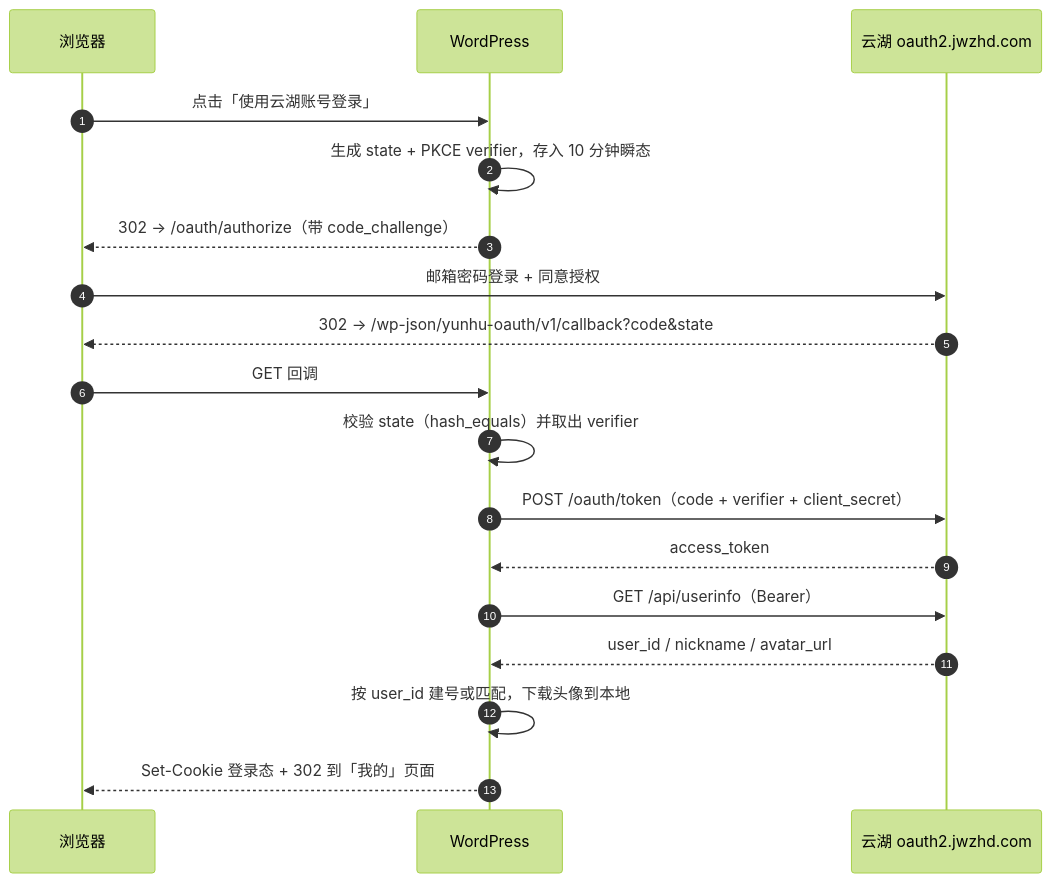
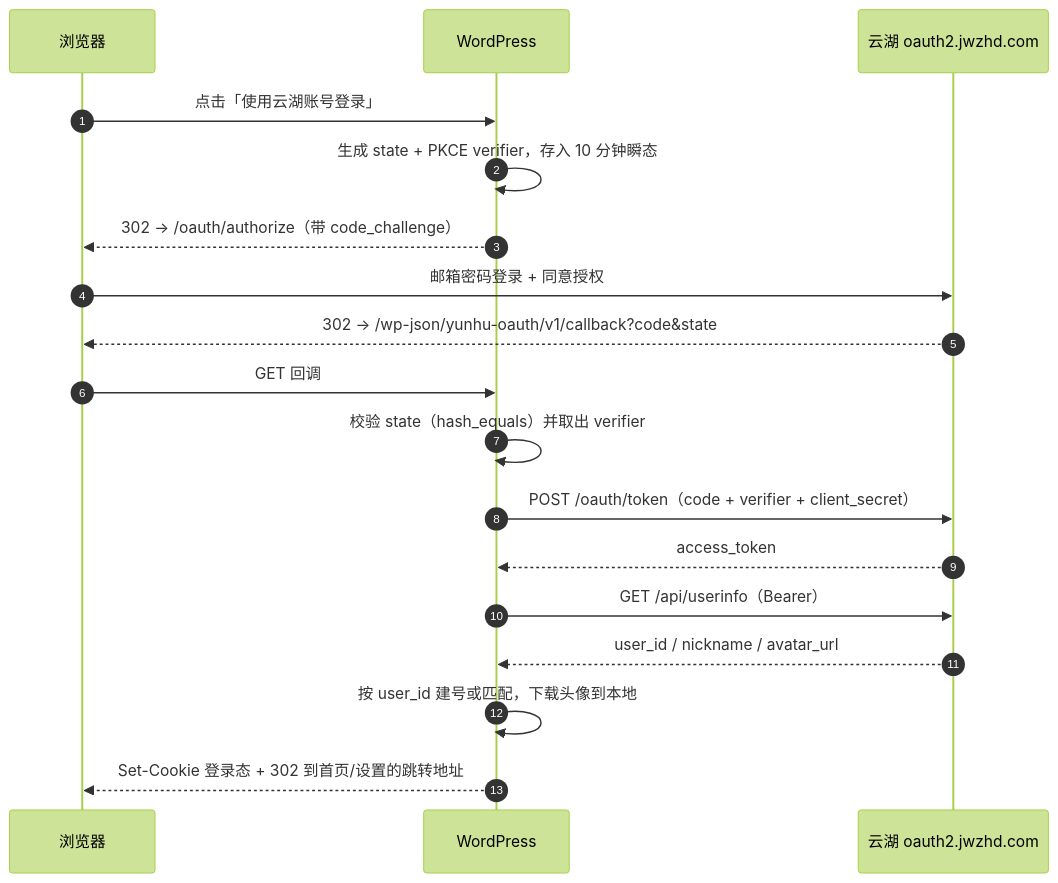
The diagram in README.md (liutexi/wp-yh-oauth), drawn with Mermaid (forest theme) before and after one commit. The commit also changed other lines of this file and 12 other files, not shown here.

````diff
--- a/README.md
+++ b/README.md
@@ -90,21 +89,21 @@
 ```mermaid
 sequenceDiagram
     autonumber
     participant U as 浏览器
     participant W as WordPress
     participant Y as 云湖 oauth2.jwzhd.com
 
     U->>W: 点击「使用云湖账号登录」
     W->>W: 生成 state + PKCE verifier，存入 10 分钟瞬态
     W-->>U: 302 → /oauth/authorize（带 code_challenge）
     U->>Y: 邮箱密码登录 + 同意授权
     Y-->>U: 302 → /wp-json/yunhu-oauth/v1/callback?code&state
     U->>W: GET 回调
     W->>W: 校验 state（hash_equals）并取出 verifier
     W->>Y: POST /oauth/token（code + verifier + client_secret）
     Y-->>W: access_token
     W->>Y: GET /api/userinfo（Bearer）
     Y-->>W: user_id / nickname / avatar_url
     W->>W: 按 user_id 建号或匹配，下载头像到本地
-    W-->>U: Set-Cookie 登录态 + 302 到「我的」页面
+    W-->>U: Set-Cookie 登录态 + 302 到首页/设置的跳转地址
 ```
````
